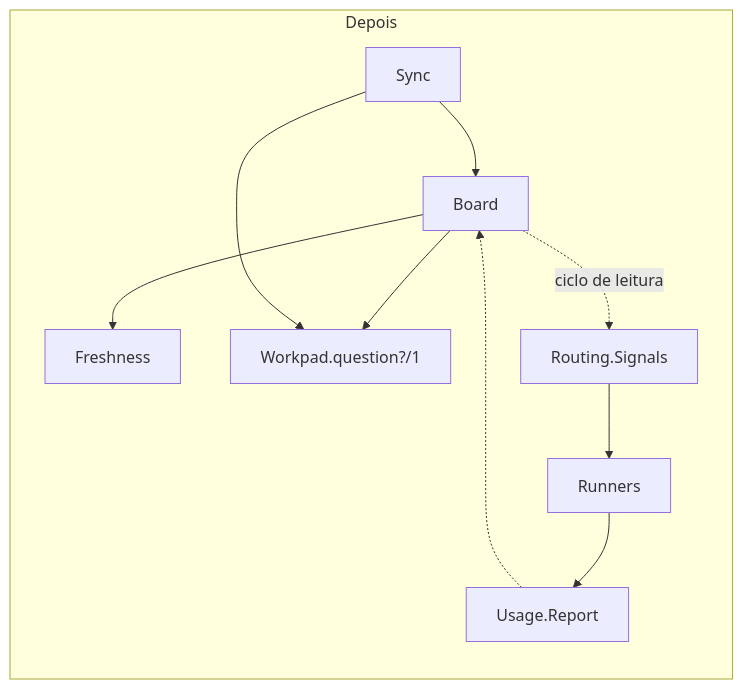
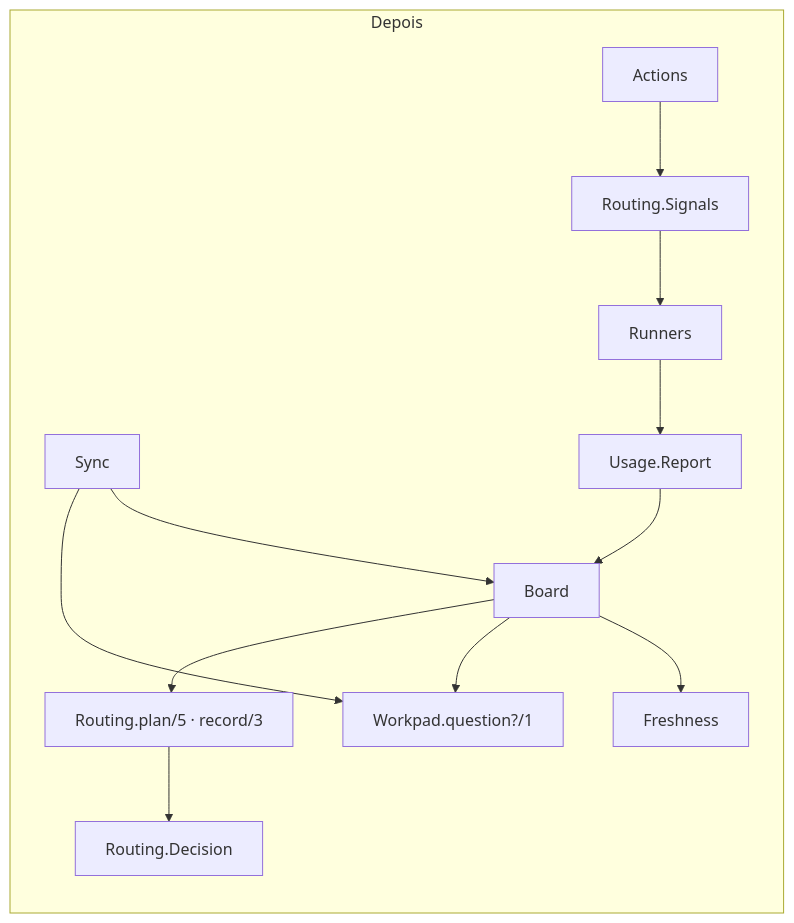
One commit to sallaumen/dsh-superagent-superboard changed the fifth of 5 diagrams in docs/architecture/README.md. Above: the diagram before and after it, drawn with Mermaid. The commit also changed other lines of this file and 11 other files, not shown here.

````diff
--- a/docs/architecture/README.md
+++ b/docs/architecture/README.md
@@ -183,10 +187,11 @@
 ```mermaid
 flowchart LR
     subgraph depois["Depois"]
         S2["Sync"] --> B2["Board"]
         B2 --> F2["Freshness"]
         B2 --> W2["Workpad.question?/1"]
         S2 --> W2
-        B2 -. ciclo de leitura .-> SIG2["Routing.Signals"] --> R2["Runners"] --> U2["Usage.Report"] -.-> B2
+        A2["Actions"] --> SIG2["Routing.Signals"] --> R2["Runners"] --> U2["Usage.Report"] --> B2
+        B2 --> ROUT2["Routing.plan/5 · record/3"] --> D2["Routing.Decision"]
     end
 ```
````
